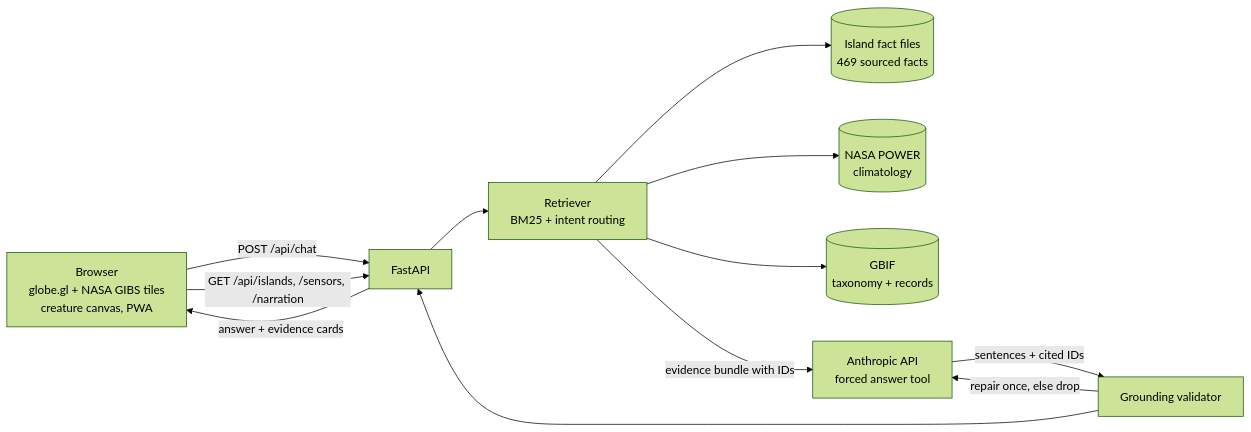
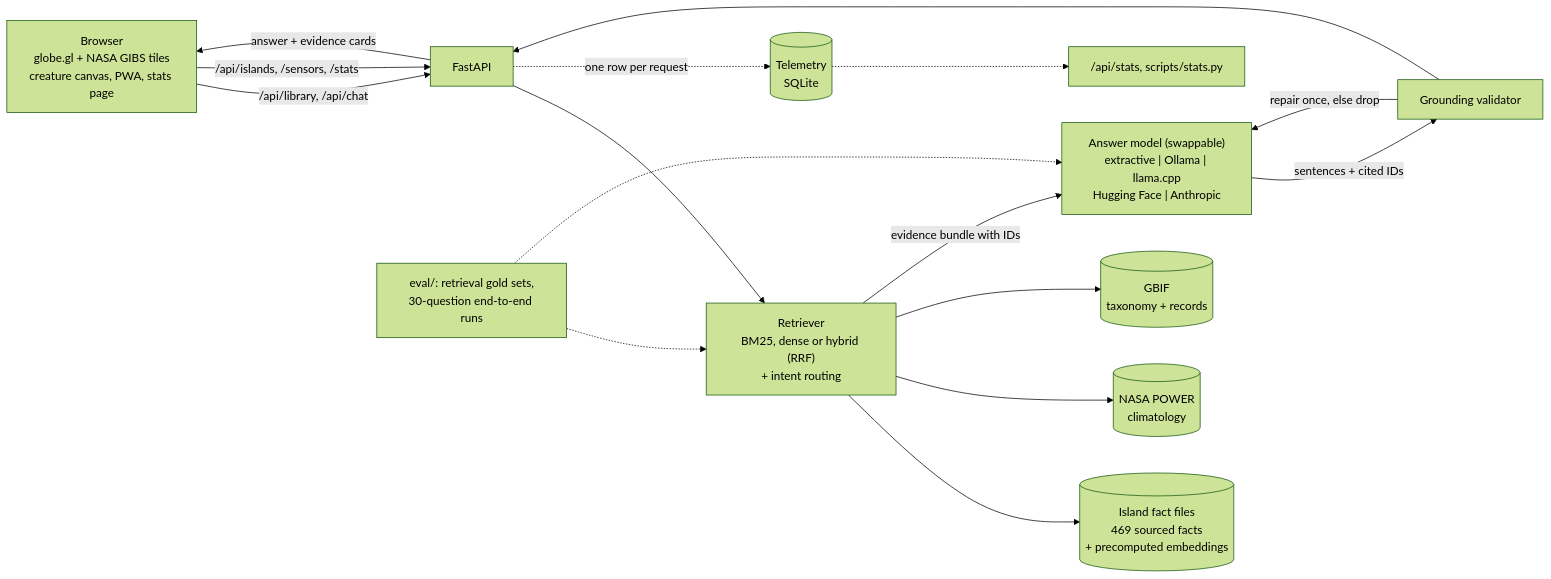
The diagram in README.md (hudasol/island-echoes), drawn with Mermaid (forest theme) before and after one commit. The commit also changed other lines of this file and 54 other files, not shown here.

First line of the commit message:
Add pluggable LLM layer, hybrid retrieval, telemetry and measured evals

````diff
--- a/README.md
+++ b/README.md
@@ -45,14 +46,18 @@
 ```mermaid
 flowchart LR
-  UI["Browser<br/>globe.gl + NASA GIBS tiles<br/>creature canvas, PWA"] -->|"POST /api/chat"| API[FastAPI]
-  UI -->|"GET /api/islands, /sensors, /narration"| API
-  API --> RET["Retriever<br/>BM25 + intent routing"]
-  RET --> F[("Island fact files<br/>469 sourced facts")]
+  UI["Browser<br/>globe.gl + NASA GIBS tiles<br/>creature canvas, PWA, stats page"] -->|"/api/library, /api/chat"| API[FastAPI]
+  UI -->|"/api/islands, /sensors, /stats"| API
+  API --> RET["Retriever<br/>BM25, dense or hybrid (RRF)<br/>+ intent routing"]
+  RET --> F[("Island fact files<br/>469 sourced facts<br/>+ precomputed embeddings")]
   RET --> P[("NASA POWER<br/>climatology")]
   RET --> G[("GBIF<br/>taxonomy + records")]
-  RET -->|"evidence bundle with IDs"| LLM["Anthropic API<br/>forced answer tool"]
+  RET -->|"evidence bundle with IDs"| LLM["Answer model (swappable)<br/>extractive | Ollama | llama.cpp<br/>Hugging Face | Anthropic"]
   LLM -->|"sentences + cited IDs"| VAL["Grounding validator"]
   VAL -->|"repair once, else drop"| LLM
   VAL --> API
   API -->|"answer + evidence cards"| UI
+  API -.->|"one row per request"| TEL[("Telemetry<br/>SQLite")]
+  TEL -.-> STATS["/api/stats, scripts/stats.py"]
+  EVAL["eval/: retrieval gold sets,<br/>30-question end-to-end runs"] -.-> RET
+  EVAL -.-> LLM
 ```
````
